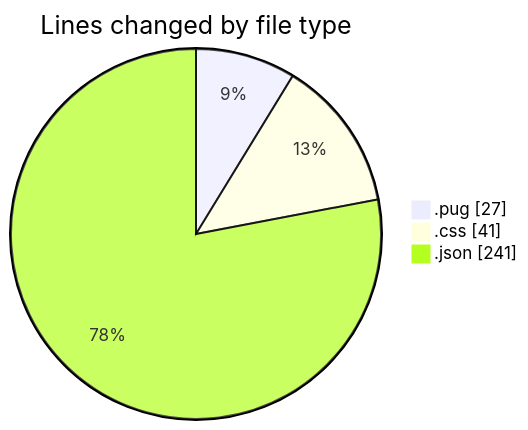
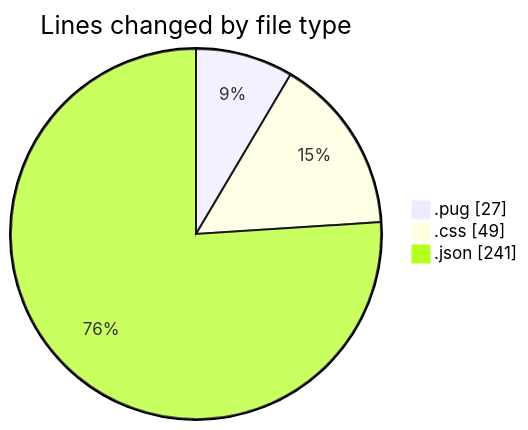
Before and after one commit to momahboobian/code-tracking: the first of 2 diagrams in 2025-11-06/cda/README.md, drawn with Mermaid. The commit also changed other lines of this file and 1 other file, not shown here.

````diff
--- a/2025-11-06/cda/README.md
+++ b/2025-11-06/cda/README.md
@@ -23,7 +23,7 @@
 ```mermaid
 pie showData
 title Lines changed by file type
 ".pug" : 27
-".css" : 41
+".css" : 49
 ".json" : 241
 ```
````
